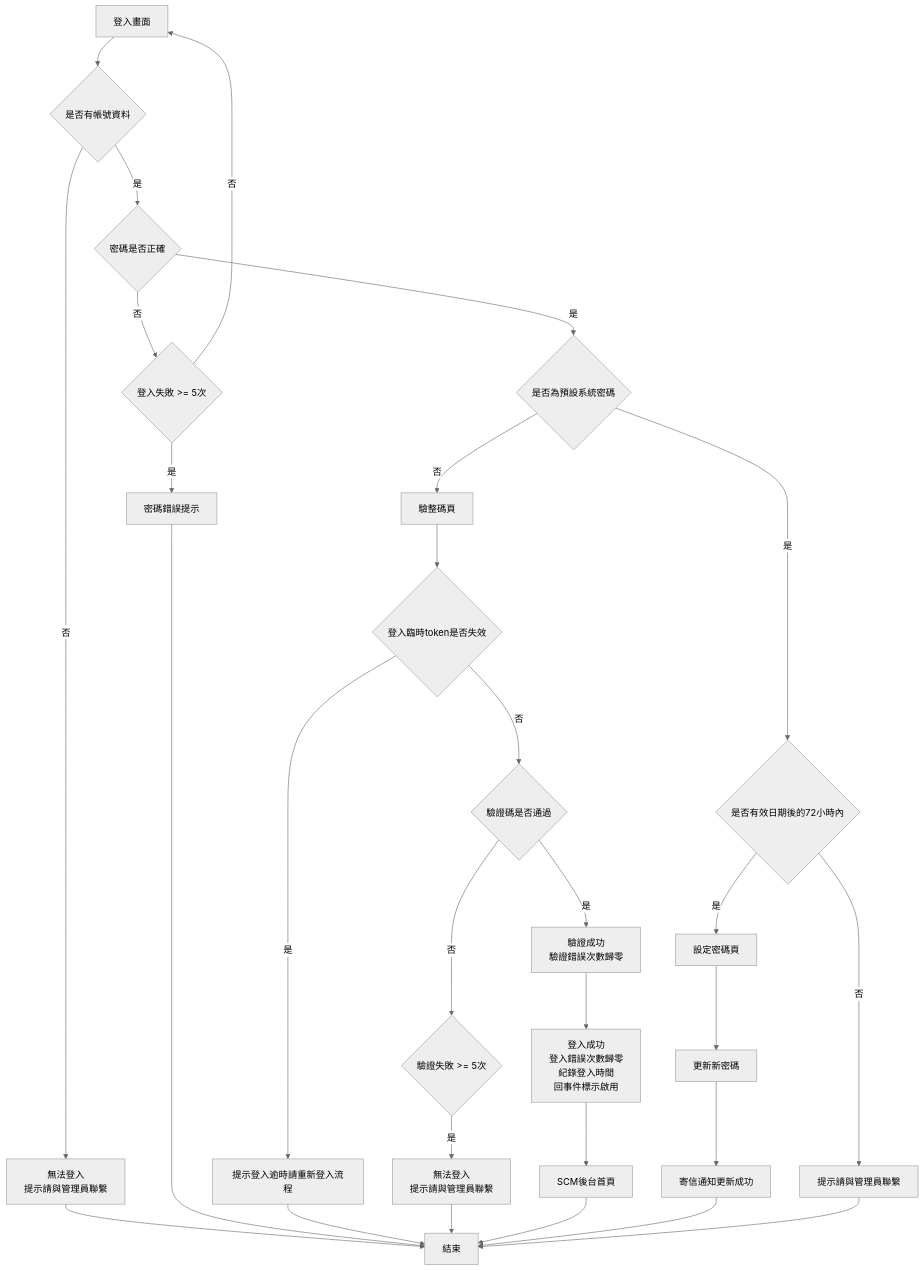
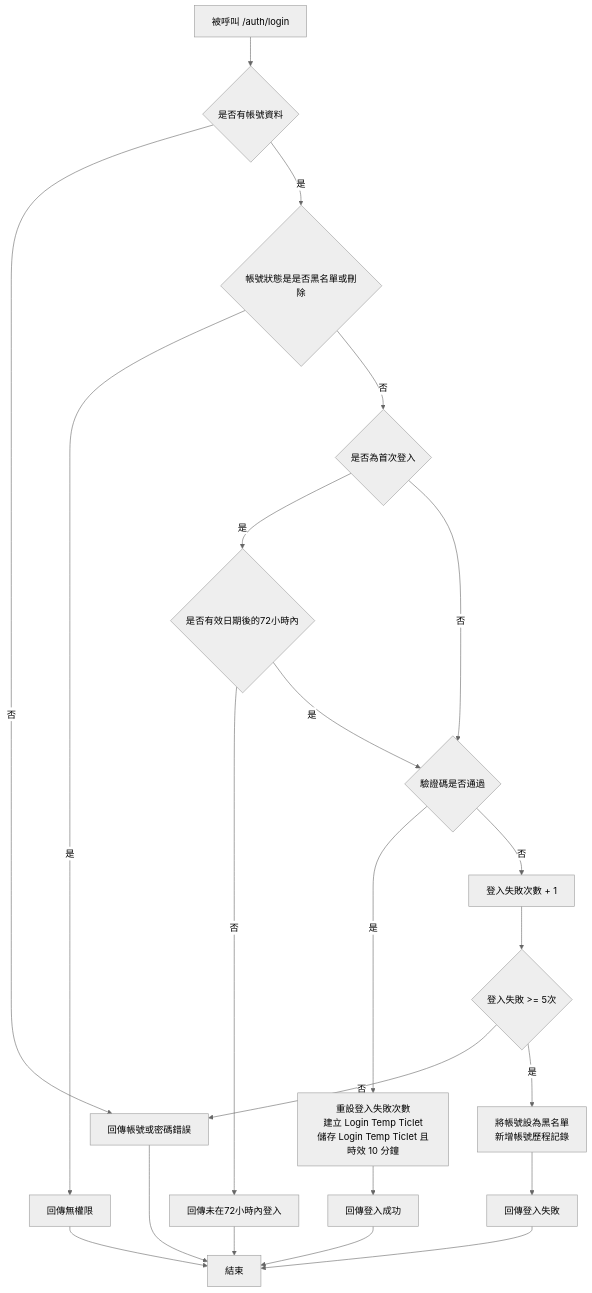
One commit to thunderstormwang/CodingNote changed the second of 8 diagrams in System_Design/login.md. Above: the diagram before and after it, drawn with Mermaid (neutral theme). The commit also changed other lines of this file and 1 other file, not shown here.

````diff
--- a/System_Design/login.md
+++ b/System_Design/login.md
@@ -55,24 +57,19 @@
 ```mermaid
 flowchart TD
-A[登入畫面] --> B{是否有帳號資料} 
-B --> |是| C{密碼是否正確}
-C --> |是| D{是否為預設系統密碼}
-D --> |否| D1[驗整碼頁]
-B --> |否| Z[無法登入<br/>提示請與管理員聯繫] --> Z4[結束]
-C --> |否| M{登入失敗 >= 5次}
-M --> |是| N[密碼錯誤提示] --> Z4[結束]
-M --> |否| A 
-D1 --> D2{登入臨時token是否失效}
-D2 --> |是| D3[提示登入逾時請重新登入流程]--> Z4[結束]
-D2 --> |否| E{驗證碼是否通過}
-E --> |否| O{驗證失敗 >= 5次}
-O --> |是| P[無法登入<br/>提示請與管理員聯繫] --> Z4[結束]
-E --> |是| F[驗證成功<br/>驗證錯誤次數歸零]
-F --> G[登入成功<br/>登入錯誤次數歸零<br/>紀錄登入時間<br/>回事件標示啟用]
-G --> Y[SCM後台首頁] --> Z4[結束]
-D --> |是| I{是否有效日期後的72小時內}
-I --> |是| H[設定密碼頁]
-H --> J[更新新密碼]
-J --> L[寄信通知更新成功] --> Z4[結束]
-I --> |否| K[提示請與管理員聯繫] --> Z4[結束]
+A[被呼叫 /auth/login] --> B{是否有帳號資料}
+B --> |否| C[回傳帳號或密碼錯誤] --> D[結束]
+B --> |是| E{帳號狀態是是否黑名單或刪除}
+E --> |是| F[回傳無權限] --> D
+E --> |否| G{是否為首次登入}
+G --> |是| H{是否有效日期後的72小時內}
+H --> |否| I[回傳未在72小時內登入] --> D
+H --> |是| J{驗證碼是否通過}
+G --> |否| J
+J --> |是| K[重設登入失敗次數<br/>建立 Login Temp TicIet<br/>儲存 Login Temp TicIet 且時效 10 分鐘]
+K --> L[回傳登入成功] --> D
+J --> |否| M[登入失敗次數 + 1]
+M --> N{登入失敗 >= 5次}
+N --> |否| C
+N --> |是| O[將帳號設為黑名單<br/>新增帳號歷程記錄]
+O --> P[回傳登入失敗] --> D
 ```
````
